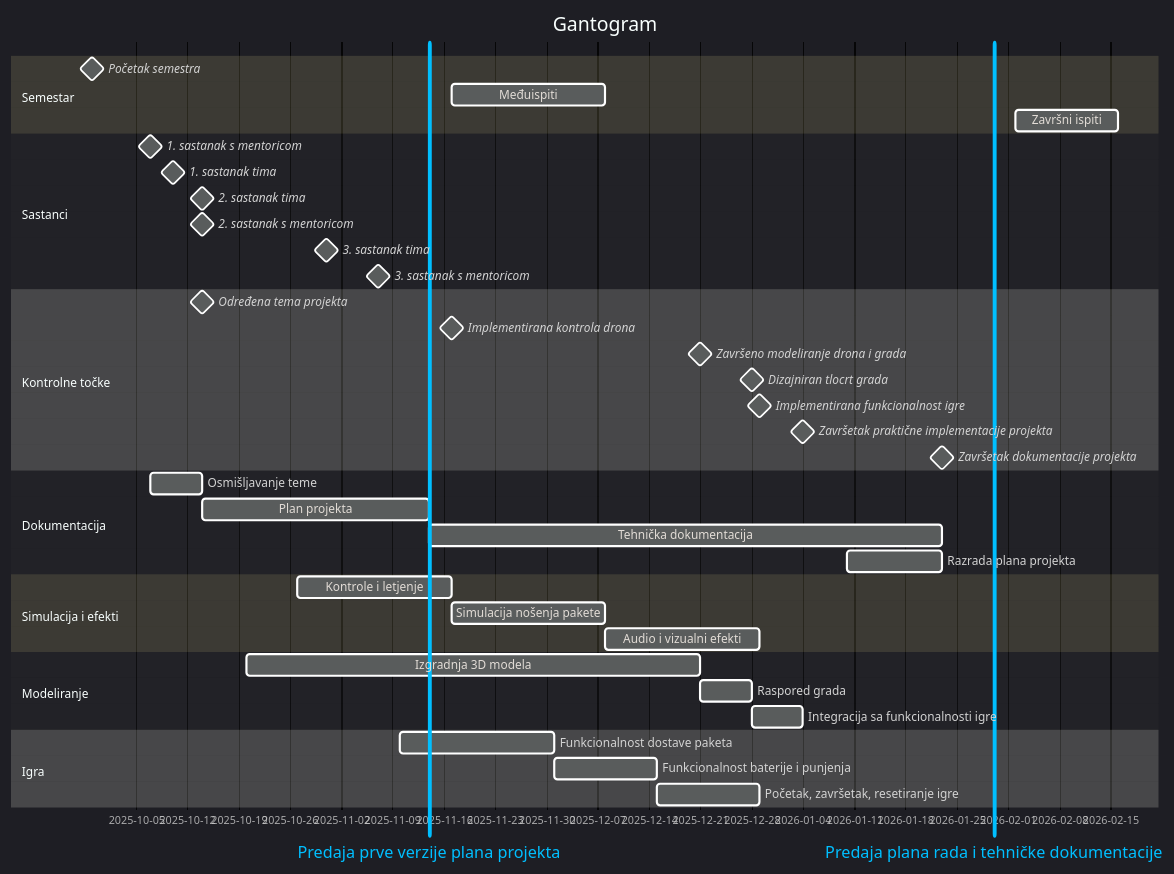
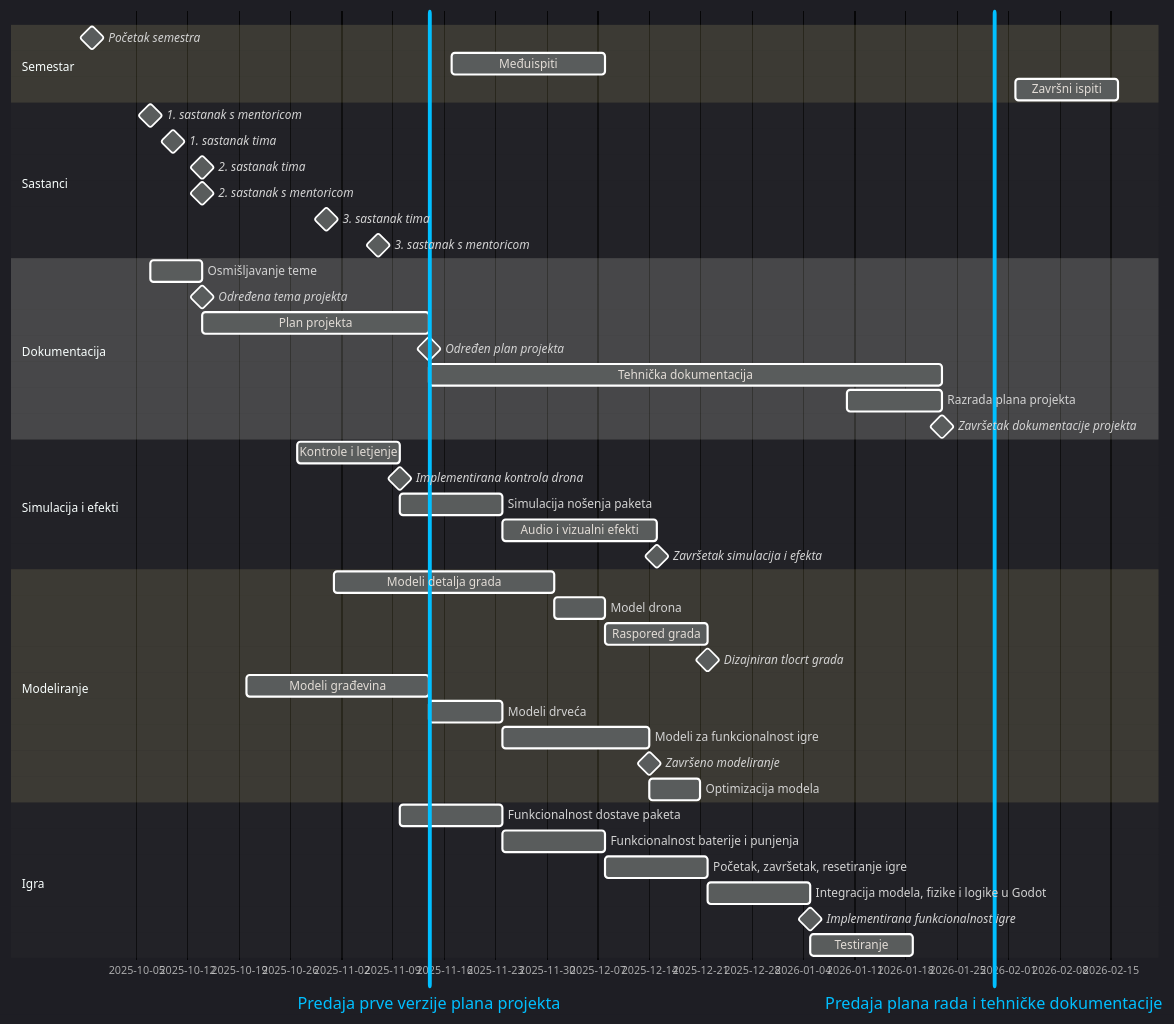
The first of 2 diagrams in docs/README.md (j-ramljak/Dron.co), drawn with Mermaid before and after one commit. The commit also changed other lines of this file and 3 other files, not shown here.

Commit message:
Milestones, update gantt, update README

````diff
--- a/docs/README.md
+++ b/docs/README.md
@@ -76,57 +79,62 @@
 ```mermaid
 ---
 config:
   theme: dark
   // gantt:
     // useWidth: 1000
 ---
 gantt
-    title Gantogram
     dateFormat DD-MM-YYYY
     todayMarker on
 
     section Semestar
         Početak semestra                                : milestone, 29-09-2025, 0d
         Predaja prve verzije plana projekta             : vert, rok1, 14-11-2025, 0d
         Međuispiti                                      : mi, 17-11-2025, 21d
         Završni ispiti                                  : zi, 02-02-2026, 14d
         Predaja plana rada i tehničke dokumentacije     : vert, rok2, 30-01-2026, 0d
 
     section Sastanci
         1. sastanak s mentoricom                        : milestone, 07-10-2025, 0d
         1. sastanak tima                                : milestone, 10-10-2025, 0d
         2. sastanak tima                                : milestone, 14-10-2025, 0d
         2. sastanak s mentoricom                        : milestone, 14-10-2025, 0d
         3. sastanak tima                                : milestone, 31-10-2025, 0d
         3. sastanak s mentoricom                        : milestone, 07-11-2025, 0d
 
-    section Kontrolne točke
-        Određena tema projekta : milestone, 14-10-2025, 0d
-        Implementirana kontrola drona : milestone, after s1, 0d
-        Završeno modeliranje drona i grada : milestone, after m1, 0d
-        Dizajniran tlocrt grada : milestone, after m2, 0d
-        Implementirana funkcionalnost igre : milestone, after i3, 0d
-        Završetak praktične implementacije projekta : milestone, after s3 m3 i3, 0d
-        Završetak dokumentacije projekta : milestone, after d3 d4, 0d
-
 	section Dokumentacija
 		Osmišljavanje teme : d1, 07-10-2025, 7d
-        Plan projekta : d2, 14-10-2025, until rok1
-        Tehnička dokumentacija : d3, after rok1, 23-01-2026
+        Određena tema projekta : milestone, 0d
+        Plan projekta : 14-11-2025
+        Određen plan projekta : milestone, 0d
+        Tehnička dokumentacija : 23-01-2026
         Razrada plana projekta : d4, 10-01-2026, 23-01-2026
+        Završetak dokumentacije projekta : milestone, 0d
 
     section Simulacija i efekti
-        Kontrole i letjenje : s1, 27-10-2025, 21d
-        Simulacija nošenja pakete : s2, after s1, 21d
-        Audio i vizualni efekti : s3, after s2, 21d
+        Kontrole i letjenje : 27-10-2025, 14d
+        Implementirana kontrola drona : milestone, 0d
+        Simulacija nošenja paketa : 14d
+        Audio i vizualni efekti : 21d
+        Završetak simulacija i efekta : milestone, 0d
 
     section Modeliranje
-        Izgradnja 3D modela : m1, 20-10-2025, 21-12-2025
-        Raspored grada : m2, after m1, 7d
-        Integracija sa funkcionalnosti igre: m3, after m2, 7d
+        Modeli detalja grada : 01-11-2025, 30d
+        Model drona : 7d
+        Raspored grada : 14d
+        Dizajniran tlocrt grada : milestone, 0d
+
+        Modeli građevina : 20-10-2025, 25d
+        Modeli drveća : 10d
+        Modeli za funkcionalnost igre : 20d
+        Završeno modeliranje : milestone, 0d
+        Optimizacija modela : 7d
 
     section Igra
-        Funkcionalnost dostave paketa : i1, 10-11-2025, 21d
+        Funkcionalnost dostave paketa : i1, 10-11-2025, 14d
         Funkcionalnost baterije i punjenja : i2, after i1, 14d
         Početak, završetak, resetiranje igre : i3, after i2, 14d
+        Integracija modela, fizike i logike u Godot : 14d
+        Implementirana funkcionalnost igre : milestone, 0d
+        Testiranje : 14d
 ```
````
